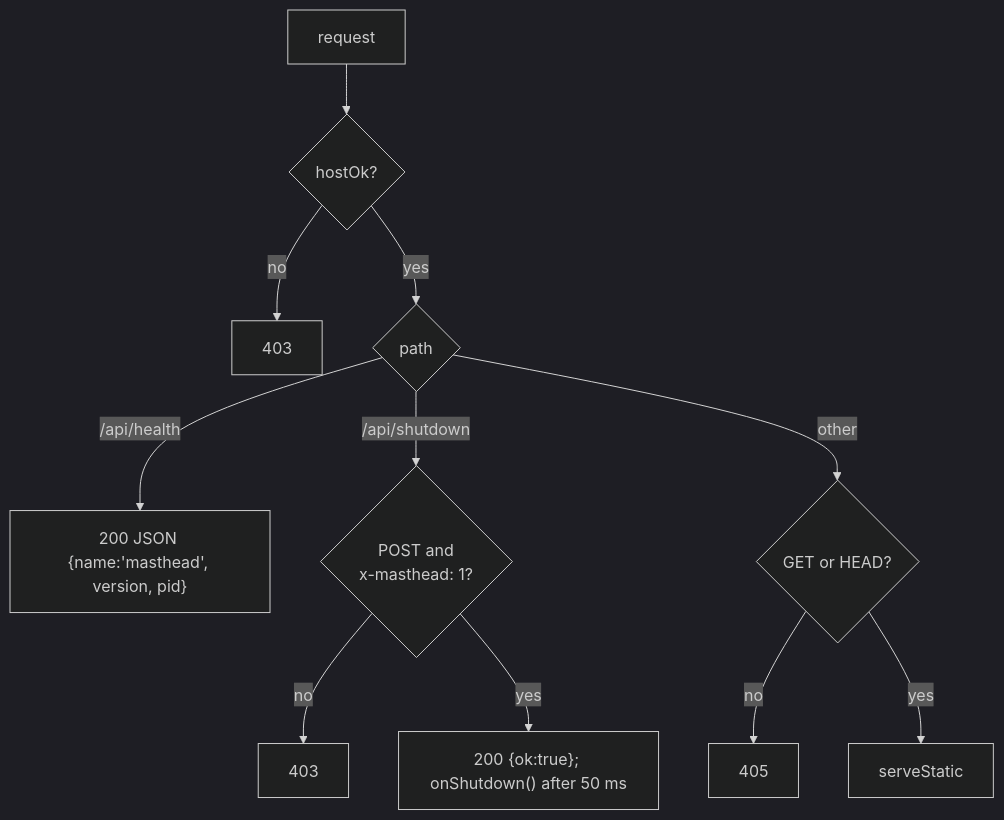
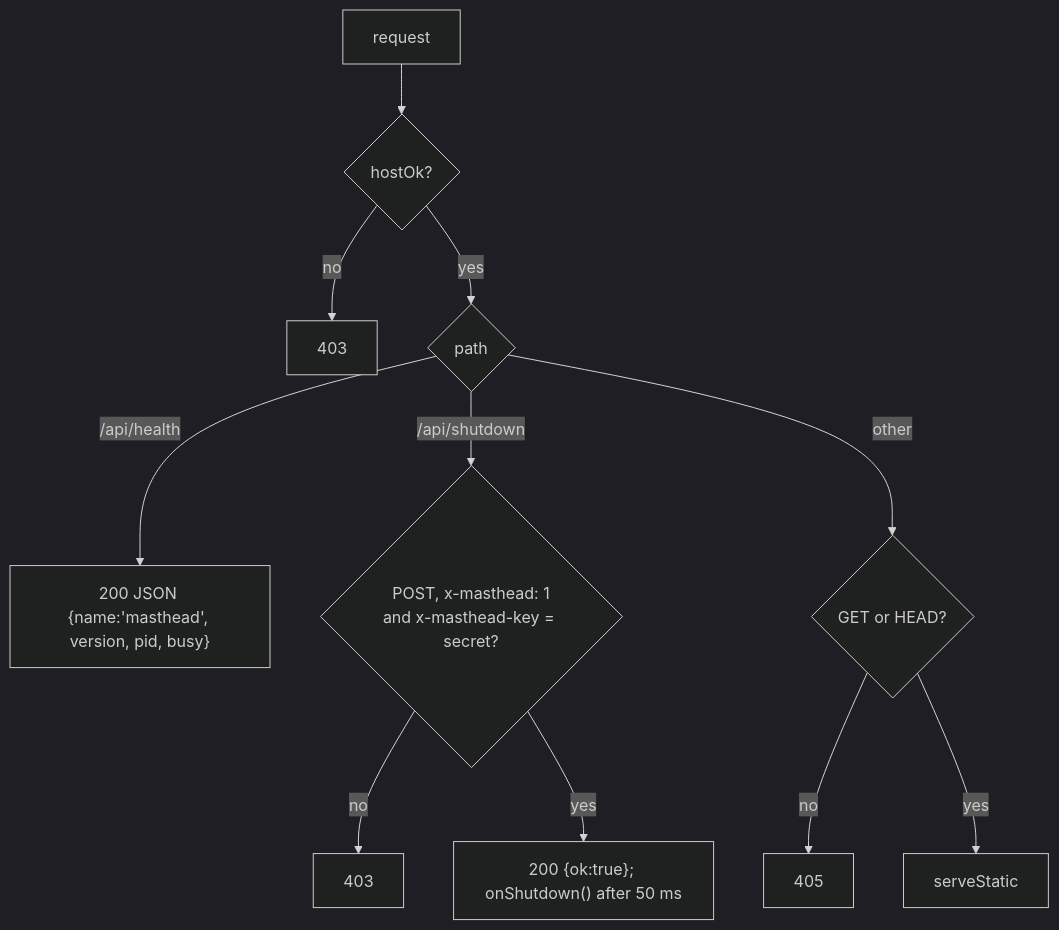
Before and after one commit to Luxorium/masthead: the diagram in docs/wiki/Source-Http.md, drawn with Mermaid (dark theme). The commit also changed other lines of this file and 71 other files, not shown here.

````diff
--- a/docs/wiki/Source-Http.md
+++ b/docs/wiki/Source-Http.md
@@ -17,13 +17,13 @@
 ```mermaid
 flowchart TD
   R[request] --> H{hostOk?}
   H -- no --> F403[403]
   H -- yes --> P{path}
-  P -- "/api/health" --> HE["200 JSON {name:'masthead', version, pid}"]
-  P -- "/api/shutdown" --> SD{"POST and<br/>x-masthead: 1?"}
+  P -- "/api/health" --> HE["200 JSON {name:'masthead', version, pid, busy}"]
+  P -- "/api/shutdown" --> SD{"POST, x-masthead: 1<br/>and x-masthead-key = secret?"}
   SD -- no --> F403b[403]
   SD -- yes --> SDO["200 {ok:true}; onShutdown() after 50 ms"]
   P -- other --> M{GET or HEAD?}
   M -- no --> F405[405]
   M -- yes --> ST[serveStatic]
 ```
````
